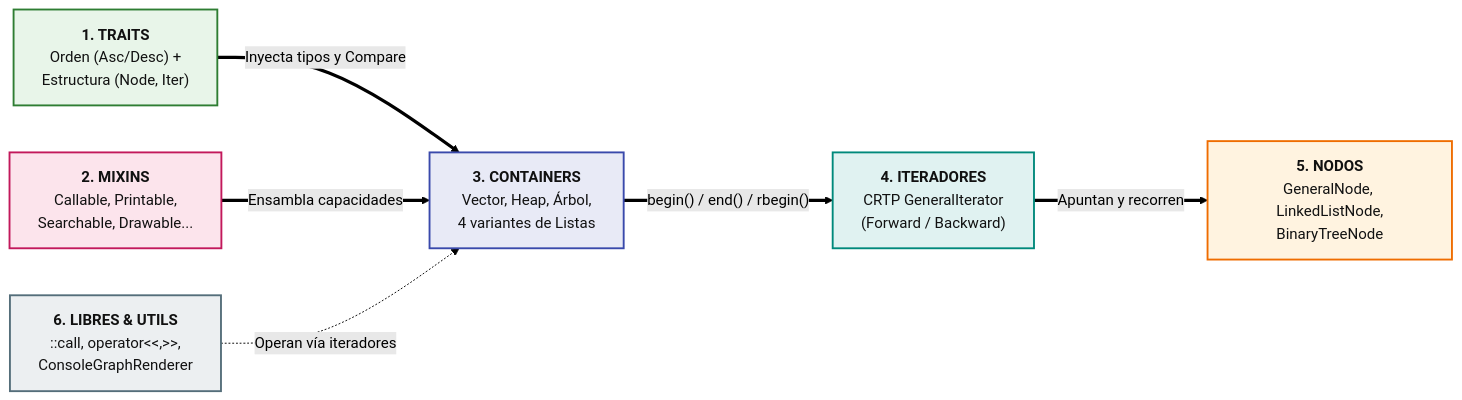
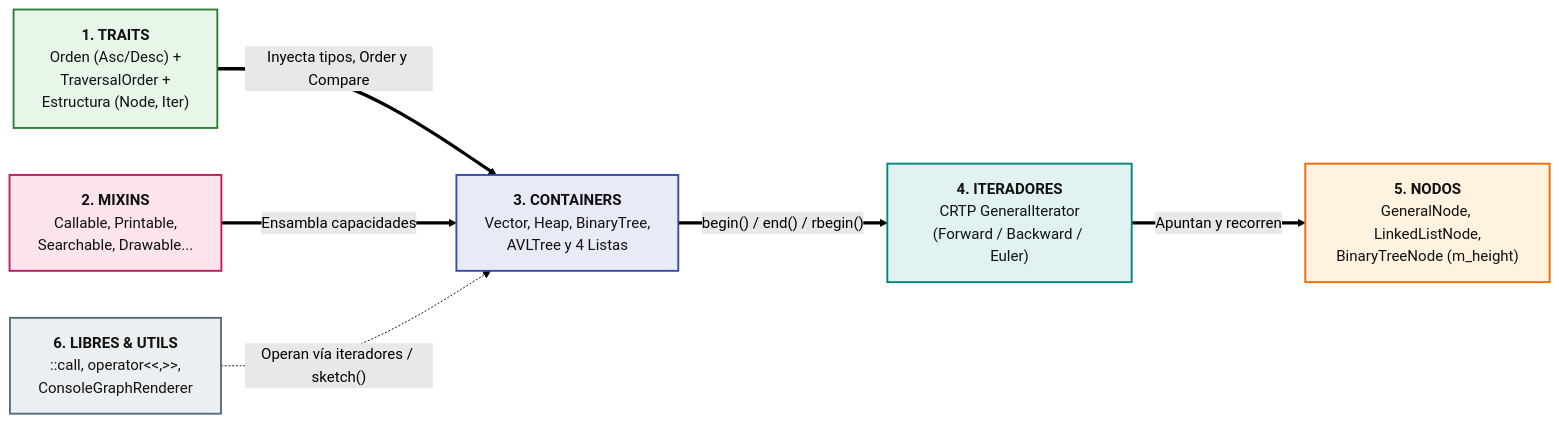
One commit to AldoLunaBueno/2026-II-CS-UNI-CC0E5-AEDAv changed the first of 8 diagrams in README.md. Above: the diagram before and after it, drawn with Mermaid (forest theme). The commit also changed other lines of this file, not shown here.

````diff
--- a/README.md
+++ b/README.md
@@ -7,29 +7,29 @@
 ```mermaid
 flowchart LR
-    TRAITS["<b>1. TRAITS</b><br/>Orden (Asc/Desc) +<br/>Estructura (Node, Iter)"]
+    TRAITS["<b>1. TRAITS</b><br/>Orden (Asc/Desc) +<br/>TraversalOrder +<br/>Estructura (Node, Iter)"]
     MIXINS["<b>2. MIXINS</b><br/>Callable, Printable,<br/>Searchable, Drawable..."]
-    CONT["<b>3. CONTAINERS</b><br/>Vector, Heap, Árbol,<br/>4 variantes de Listas"]
-    ITER["<b>4. ITERADORES</b><br/>CRTP GeneralIterator<br/>(Forward / Backward)"]
-    NODOS["<b>5. NODOS</b><br/>GeneralNode, LinkedListNode,<br/>BinaryTreeNode"]
+    CONT["<b>3. CONTAINERS</b><br/>Vector, Heap, BinaryTree,<br/>AVLTree y 4 Listas"]
+    ITER["<b>4. ITERADORES</b><br/>CRTP GeneralIterator<br/>(Forward / Backward / Euler)"]
+    NODOS["<b>5. NODOS</b><br/>GeneralNode, LinkedListNode,<br/>BinaryTreeNode (m_height)"]
     LIBRES["<b>6. LIBRES & UTILS</b><br/>::call, operator&lt;&lt;,&gt;&gt;,<br/>ConsoleGraphRenderer"]
 
-    TRAITS ==>|"Inyecta tipos y Compare"| CONT
+    TRAITS ==>|"Inyecta tipos, Order y Compare"| CONT
     MIXINS ==>|"Ensambla capacidades"| CONT
     CONT ==>|"begin() / end() / rbegin()"| ITER
     ITER ==>|"Apuntan y recorren"| NODOS
-    LIBRES -.->|"Operan vía iteradores"| CONT
+    LIBRES -.->|"Operan vía iteradores / sketch()"| CONT
 
     classDef c1 fill:#E8EAF6,stroke:#3949AB,color:#111,stroke-width:2px;
     classDef c2 fill:#FCE4EC,stroke:#C2185B,color:#111,stroke-width:2px;
     classDef c3 fill:#E0F2F1,stroke:#00897B,color:#111,stroke-width:2px;
     classDef c4 fill:#FFF3E0,stroke:#EF6C00,color:#111,stroke-width:2px;
     classDef c5 fill:#E8F5E9,stroke:#2E7D32,color:#111,stroke-width:2px;
     classDef c6 fill:#ECEFF1,stroke:#546E7A,color:#111,stroke-width:2px;
 
     class CONT c1
     class MIXINS c2
     class ITER c3
     class NODOS c4
     class TRAITS c5
     class LIBRES c6
 ```
````
